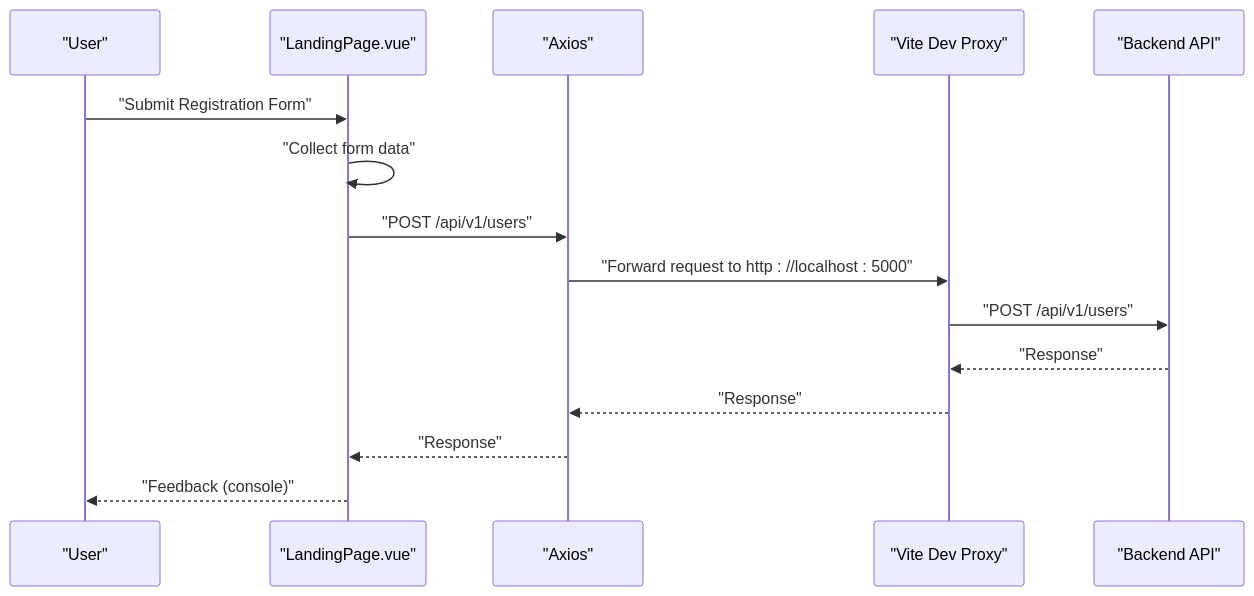
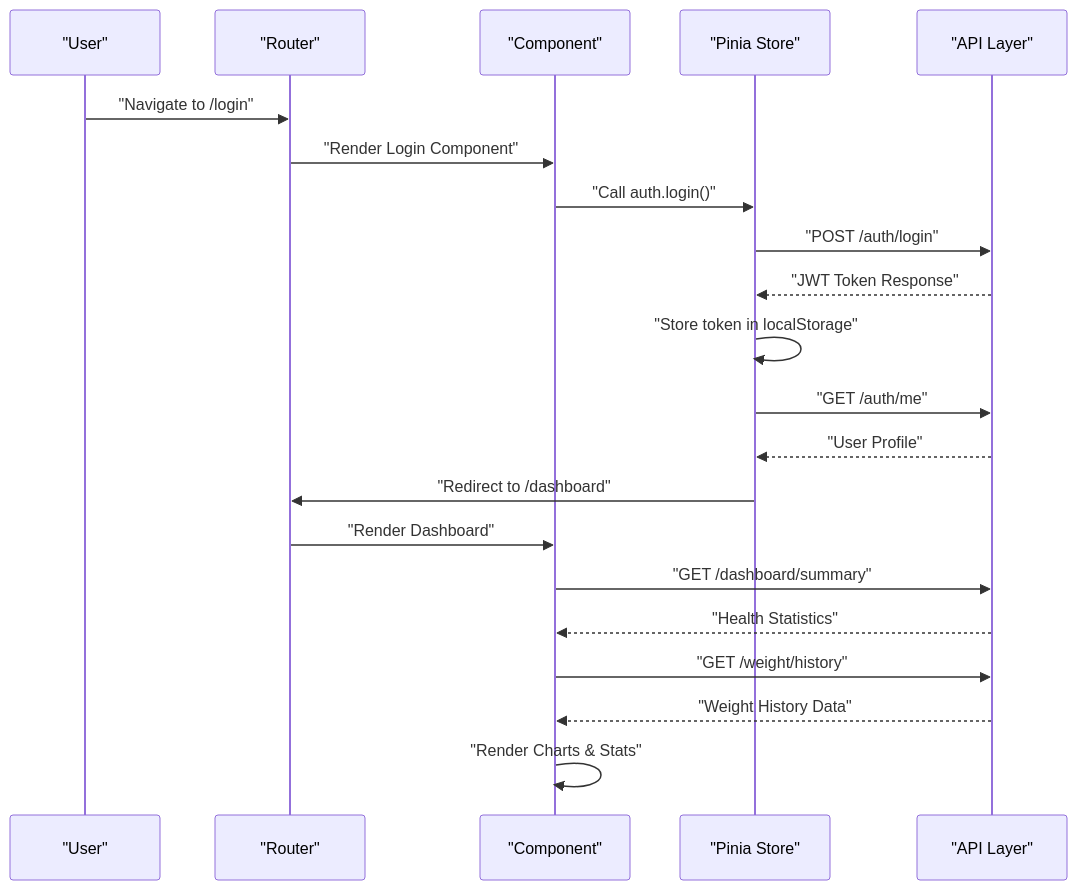
One commit to hsarjun04-netizen/NUTRICooACH changed the second of 3 diagrams in .qoder/repowiki/en/content/Frontend Application/Component Documentation.md. Above: the diagram before and after it, drawn with Mermaid. The commit also changed other lines of this file and 7 other files, not shown here.

Commit message:
Add Export My Data feature - download all user data as JSON

````diff
--- a/.qoder/repowiki/en/content/Frontend Application/Component Documentation.md
+++ b/.qoder/repowiki/en/content/Frontend Application/Component Documentation.md
@@ -81,17 +143,23 @@
 ```mermaid
 sequenceDiagram
 participant U as "User"
-participant LP as "LandingPage.vue"
-participant AX as "Axios"
-participant VR as "Vite Dev Proxy"
-participant BE as "Backend API"
-U->>LP : "Submit Registration Form"
-LP->>LP : "Collect form data"
-LP->>AX : "POST /api/v1/users"
-AX->>VR : "Forward request to http : //localhost : 5000"
-VR->>BE : "POST /api/v1/users"
-BE-->>VR : "Response"
-VR-->>AX : "Response"
-AX-->>LP : "Response"
-LP-->>U : "Feedback (console)"
+participant R as "Router"
+participant C as "Component"
+participant S as "Pinia Store"
+participant A as "API Layer"
+U->>R : "Navigate to /login"
+R->>C : "Render Login Component"
+C->>S : "Call auth.login()"
+S->>A : "POST /auth/login"
+A-->>S : "JWT Token Response"
+S->>S : "Store token in localStorage"
+S->>A : "GET /auth/me"
+A-->>S : "User Profile"
+S->>R : "Redirect to /dashboard"
+R->>C : "Render Dashboard"
+C->>A : "GET /dashboard/summary"
+A-->>C : "Health Statistics"
+C->>A : "GET /weight/history"
+A-->>C : "Weight History Data"
+C->>C : "Render Charts & Stats"
 ```
````
